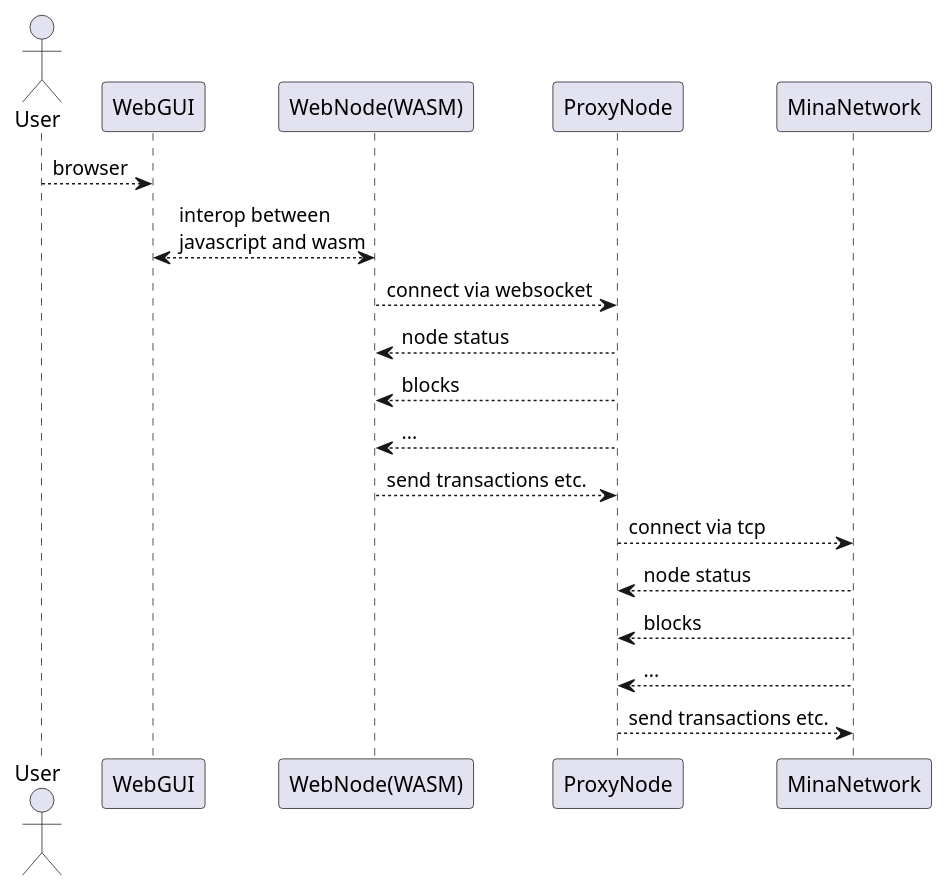
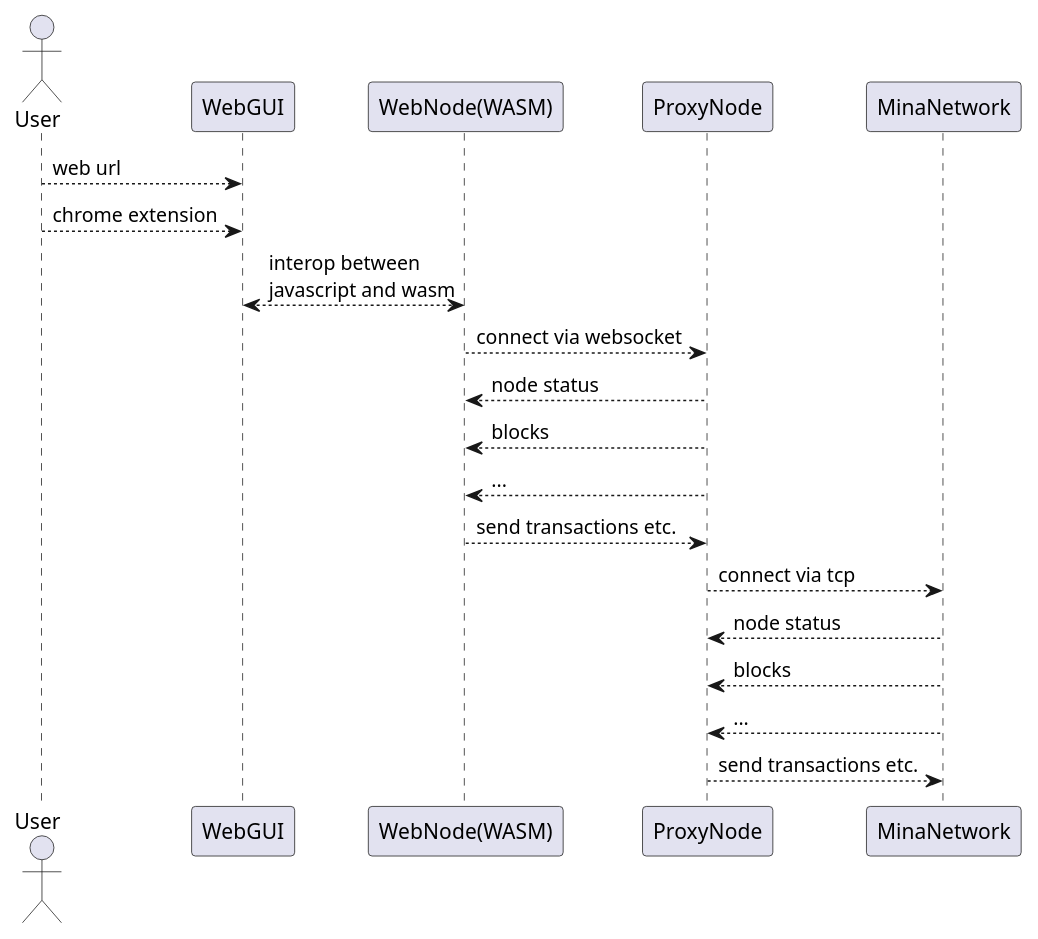
One commit to ChainSafe/mina-rs changed the diagram in docs/mvp-arch.iuml. Above: the diagram before and after it, drawn with PlantUML. The commit also changed 11 other files, not shown here.

Commit message:
Build chrome extension from mvp

```diff
--- a/docs/mvp-arch.iuml
+++ b/docs/mvp-arch.iuml
@@ -1,16 +1,17 @@
 @startuml mvp
 actor User
 
-User --> WebGUI : browser
+User --> WebGUI : web url
+User --> WebGUI : chrome extension
 WebGUI <--> "WebNode(WASM)": interop between\njavascript and wasm
 "WebNode(WASM)" --> ProxyNode : connect via websocket
 "WebNode(WASM)" <-- ProxyNode : node status
 "WebNode(WASM)" <-- ProxyNode : blocks
 "WebNode(WASM)" <-- ProxyNode : ...
 "WebNode(WASM)" --> ProxyNode : send transactions etc.
 ProxyNode --> MinaNetwork : connect via tcp
 ProxyNode <-- MinaNetwork : node status
 ProxyNode <-- MinaNetwork : blocks
 ProxyNode <-- MinaNetwork : ...
 ProxyNode --> MinaNetwork : send transactions etc.
 @enduml
```
